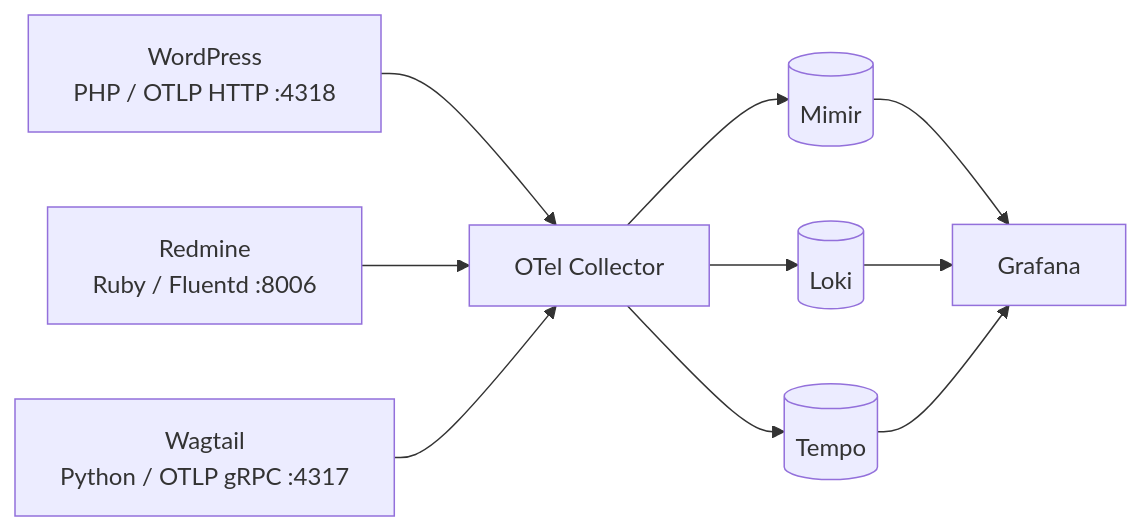
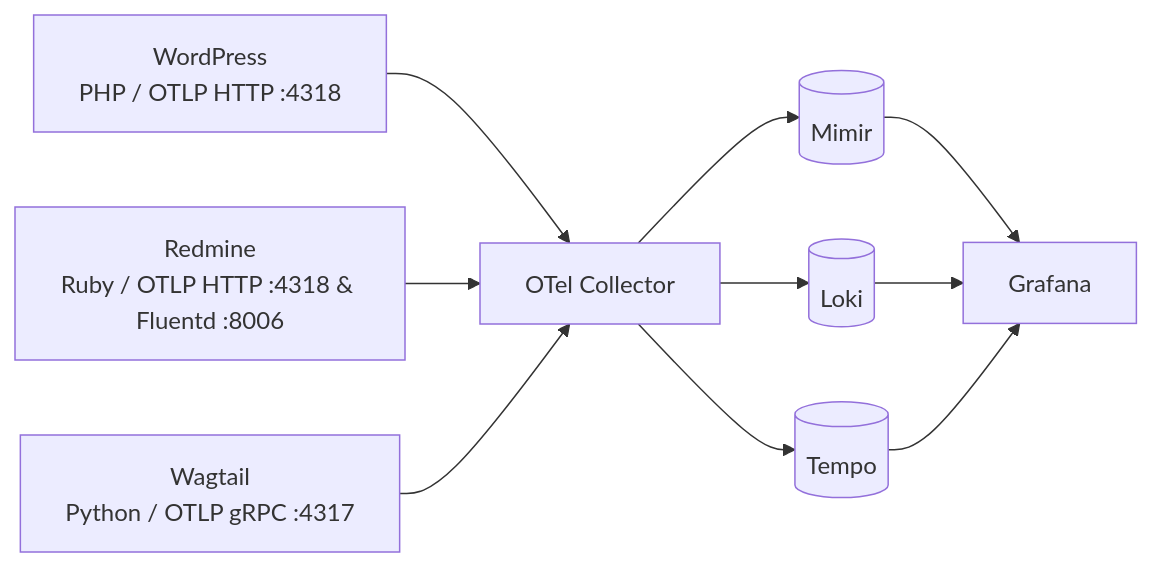
Before and after one commit to lucasdc6/tesis-demo-apps: the diagram in slides/docs/04-lgtm.md, drawn with Mermaid. The commit also changed 3 other files, not shown here.

```diff
--- a/slides/docs/04-lgtm.md
+++ b/slides/docs/04-lgtm.md
@@ -67,16 +67,16 @@
 <div class="mermaid">
 flowchart LR
     WP["WordPress<br>PHP / OTLP HTTP :4318"]
-    RM["Redmine<br>Ruby / Fluentd :8006"]
+    RM["Redmine<br>Ruby / OTLP HTTP :4318 & Fluentd :8006"]
     WG["Wagtail<br>Python / OTLP gRPC :4317"]
     OC["OTel Collector"]
     MM[("Mimir")]
     LK[("Loki")]
     TP[("Tempo")]
     GF["Grafana"]
     WP --> OC
     RM --> OC
     WG --> OC
     OC --> MM & LK & TP
     MM & LK & TP --> GF
 </div>
```
